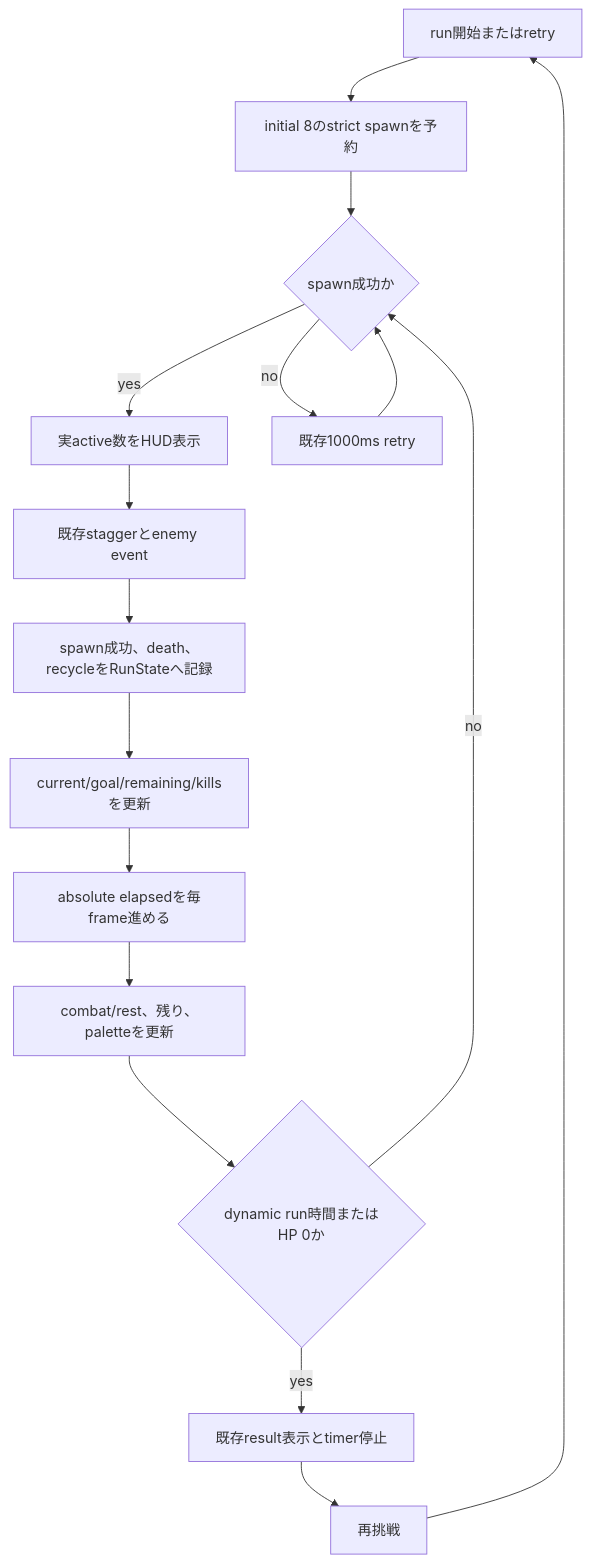
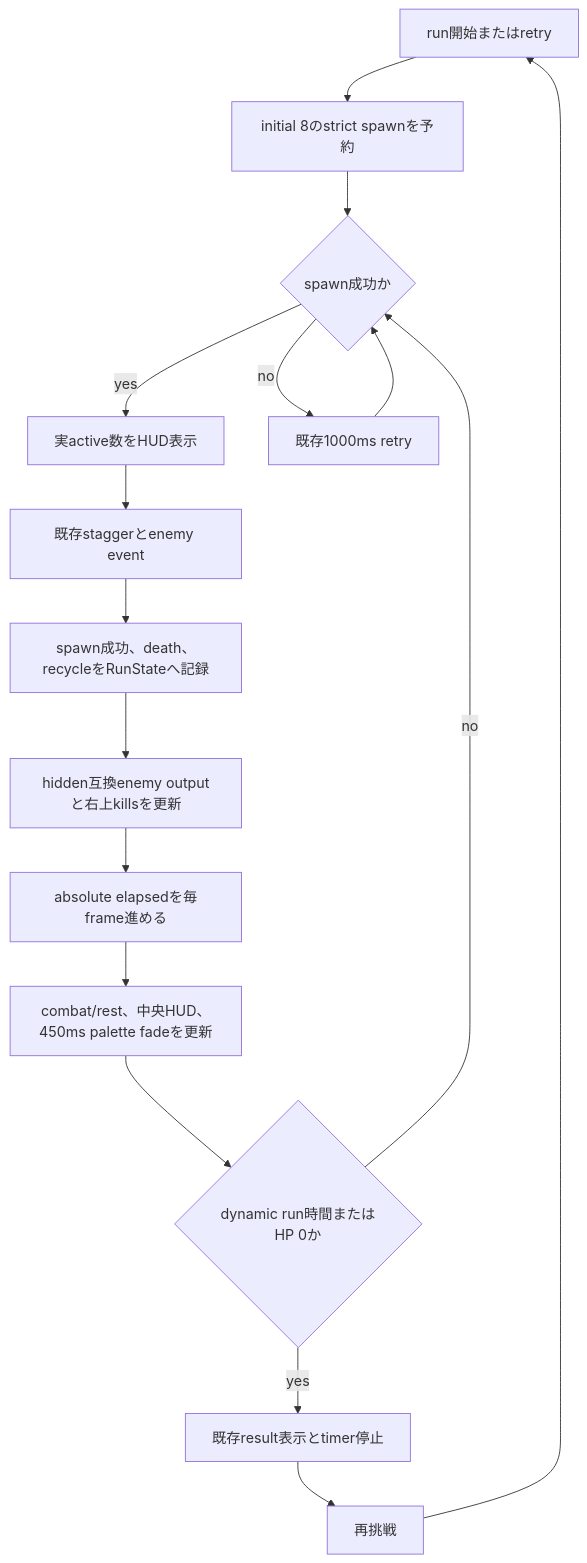
One commit to WFrog2511/2d-coop-survival changed the first of 2 diagrams in docs/40_design/detail/wave-progression-v1.md. Above: the diagram before and after it, drawn with Mermaid. The commit also changed other lines of this file and 9 other files, not shown here.

```diff
--- a/docs/40_design/detail/wave-progression-v1.md
+++ b/docs/40_design/detail/wave-progression-v1.md
@@ -62,18 +62,18 @@
 ~~~mermaid
 flowchart TD
   start[run開始またはretry] --> initial[initial 8のstrict spawnを予約]
   initial --> spawn{spawn成功か}
   spawn -->|yes| hud1[実active数をHUD表示]
   spawn -->|no| retrySpawn[既存1000ms retry]
   retrySpawn --> spawn
   hud1 --> stagger[既存staggerとenemy event]
   stagger --> state[spawn成功、death、recycleをRunStateへ記録]
-  state --> hud2[current/goal/remaining/killsを更新]
+  state --> hud2[hidden互換enemy outputと右上killsを更新]
   hud2 --> time[absolute elapsedを毎frame進める]
-  time --> phase[combat/rest、残り、paletteを更新]
+  time --> phase[combat/rest、中央HUD、450ms palette fadeを更新]
   phase --> terminal{dynamic run時間またはHP 0か}
   terminal -->|no| spawn
   terminal -->|yes| result[既存result表示とtimer停止]
   result --> retry[再挑戦]
   retry --> start
 ~~~
```
